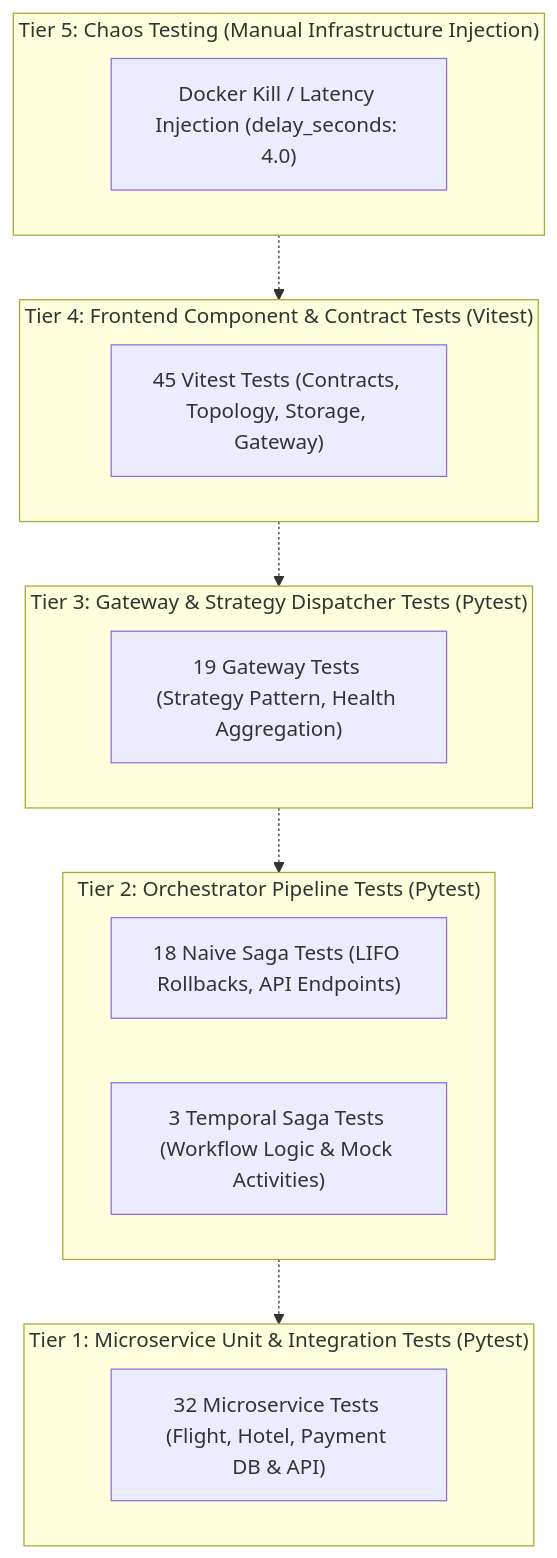
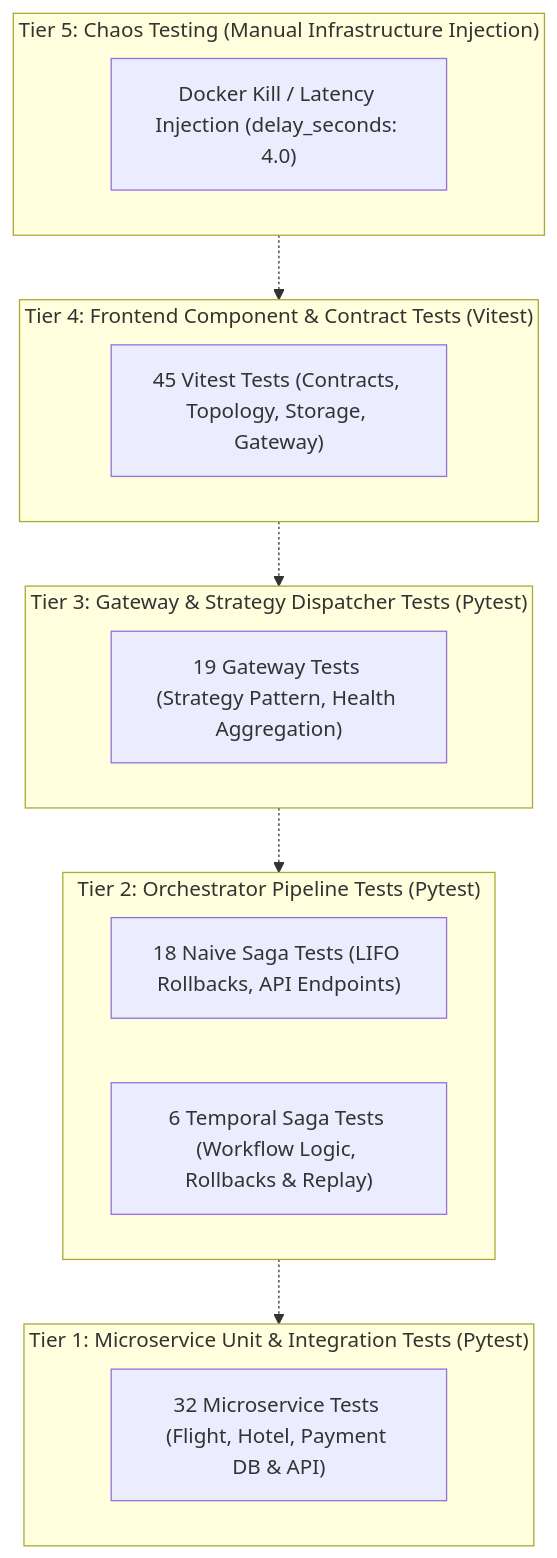
One commit to eucaliptuskoala/layover changed the diagram in docs/evidences/lo2/contract-and-integration-testing/lo2-contract-and-integration-testing-v2.md. Above: the diagram before and after it, drawn with Mermaid. The commit also changed other lines of this file and 19 other files, not shown here.

````diff
--- a/docs/evidences/lo2/contract-and-integration-testing/lo2-contract-and-integration-testing-v2.md
+++ b/docs/evidences/lo2/contract-and-integration-testing/lo2-contract-and-integration-testing-v2.md
@@ -29,28 +29,28 @@
 ```mermaid
 graph TD
     subgraph Tier5 ["Tier 5: Chaos Testing (Manual Infrastructure Injection)"]
         Chaos["Docker Kill / Latency Injection (delay_seconds: 4.0)"]
     end
 
     subgraph Tier4 ["Tier 4: Frontend Component & Contract Tests (Vitest)"]
         UI_Tests["45 Vitest Tests (Contracts, Topology, Storage, Gateway)"]
     end
 
     subgraph Tier3 ["Tier 3: Gateway & Strategy Dispatcher Tests (Pytest)"]
         GW_Tests["19 Gateway Tests (Strategy Pattern, Health Aggregation)"]
     end
 
     subgraph Tier2 ["Tier 2: Orchestrator Pipeline Tests (Pytest)"]
         Naive_Tests["18 Naive Saga Tests (LIFO Rollbacks, API Endpoints)"]
-        Temporal_Tests["3 Temporal Saga Tests (Workflow Logic & Mock Activities)"]
+        Temporal_Tests["6 Temporal Saga Tests (Workflow Logic, Rollbacks & Replay)"]
     end
 
     subgraph Tier1 ["Tier 1: Microservice Unit & Integration Tests (Pytest)"]
         Service_Tests["32 Microservice Tests (Flight, Hotel, Payment DB & API)"]
     end
 
     Tier5 -.-> Tier4
     Tier4 -.-> Tier3
     Tier3 -.-> Tier2
     Tier2 -.-> Tier1
 ```
````
